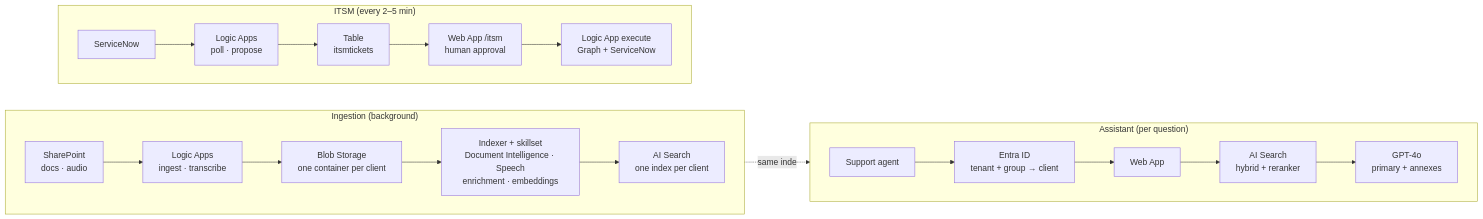
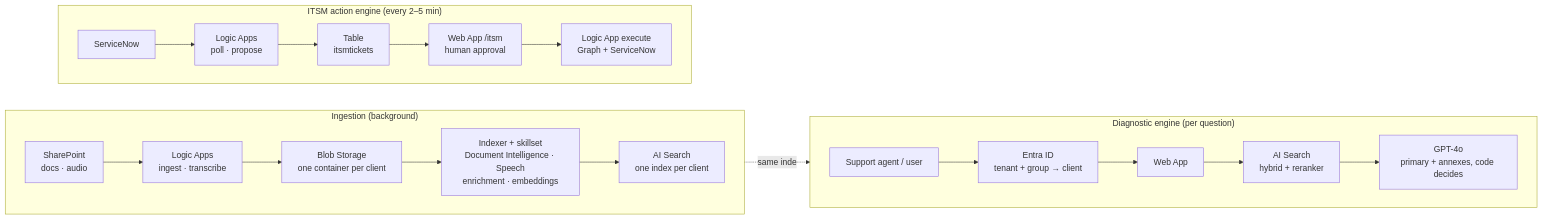
One commit to yassinebabakhouya2-bit/deterministic-itsm-engine changed the diagram in README.md. Above: the diagram before and after it, drawn with Mermaid. The commit also changed other lines of this file and 4 other files, not shown here.

Commit message:
docs: rename to deterministic-itsm-engine, unify diagnostic + ITSM framing

````diff
--- a/README.md
+++ b/README.md
@@ -24,16 +24,16 @@
 ```mermaid
 flowchart LR
   subgraph ING["Ingestion (background)"]
     direction LR
     SP["SharePoint<br/>docs · audio"] --> LA["Logic Apps<br/>ingest · transcribe"] --> BL["Blob Storage<br/>one container per client"] --> SK["Indexer + skillset<br/>Document Intelligence · Speech<br/>enrichment · embeddings"] --> IX["AI Search<br/>one index per client"]
   end
-  subgraph ASK["Assistant (per question)"]
+  subgraph ASK["Diagnostic engine (per question)"]
     direction LR
-    AG["Support agent"] --> EN["Entra ID<br/>tenant + group → client"] --> WA["Web App"] --> SR["AI Search<br/>hybrid + reranker"] --> G4["GPT-4o<br/>primary + annexes"]
+    AG["Support agent / user"] --> EN["Entra ID<br/>tenant + group → client"] --> WA["Web App"] --> SR["AI Search<br/>hybrid + reranker"] --> G4["GPT-4o<br/>primary + annexes, code decides"]
   end
-  subgraph ITSM["ITSM (every 2–5 min)"]
+  subgraph ITSM["ITSM action engine (every 2–5 min)"]
     direction LR
     SN["ServiceNow"] --> PP["Logic Apps<br/>poll · propose"] --> TB["Table<br/>itsmtickets"] --> UI["Web App /itsm<br/>human approval"] --> EX["Logic App execute<br/>Graph + ServiceNow"]
   end
   IX -.same index.-> SR
 ```
````
